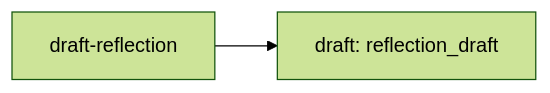
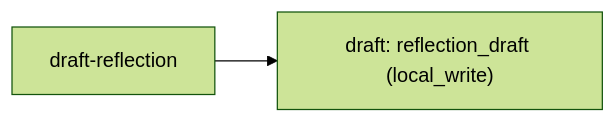
Before and after one commit to Jake36999/Librarian_V2: diagram 11 of 30 in reports/2026-11-20-workflow-map/WORKFLOW-MAP.md, drawn with Mermaid (forest theme). The commit also changed other lines of this file and 6 other files, not shown here.

````diff
--- a/reports/2026-11-20-workflow-map/WORKFLOW-MAP.md
+++ b/reports/2026-11-20-workflow-map/WORKFLOW-MAP.md
@@ -175,6 +175,6 @@
 ```mermaid
 flowchart LR
   s["draft-reflection"]
-  n0["draft: reflection_draft"]
+  n0["draft: reflection_draft (local_write)"]
   s --> n0
 ```
````
